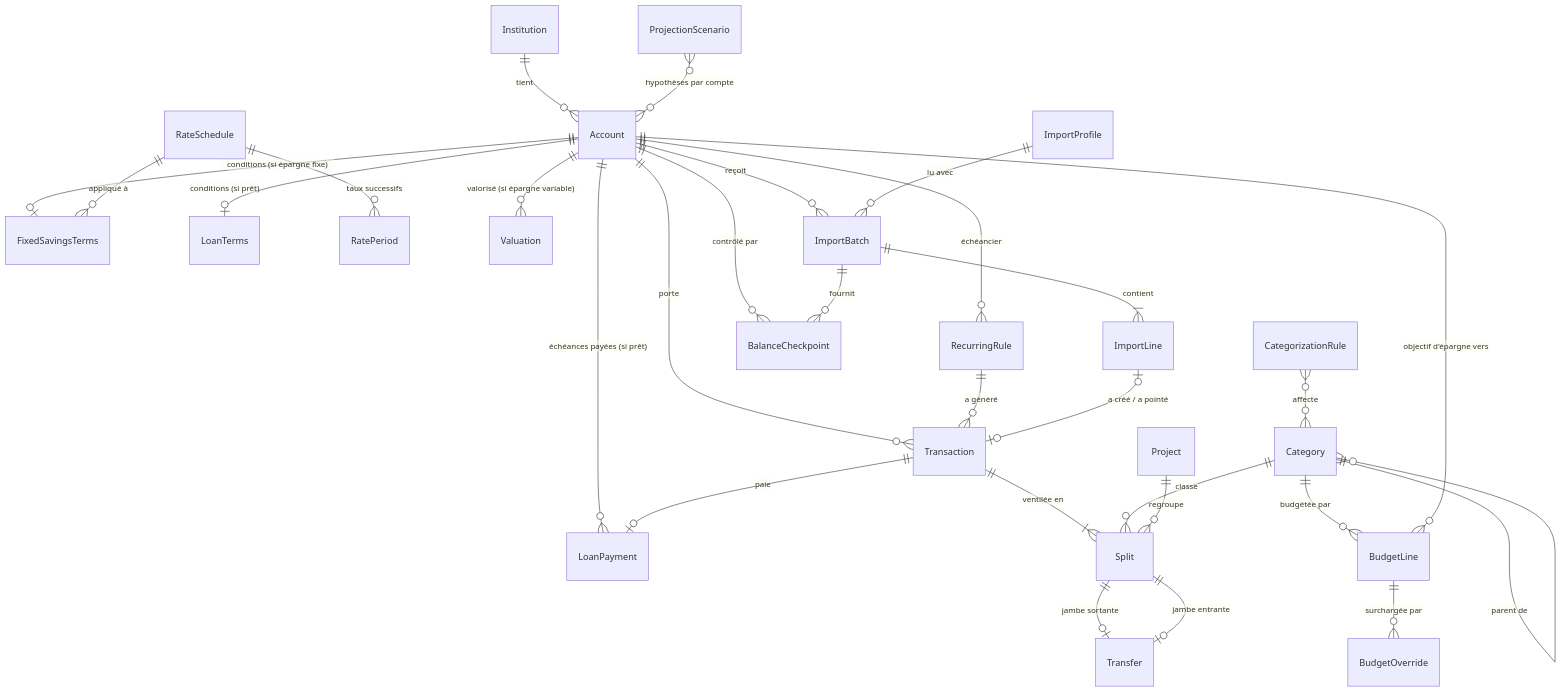
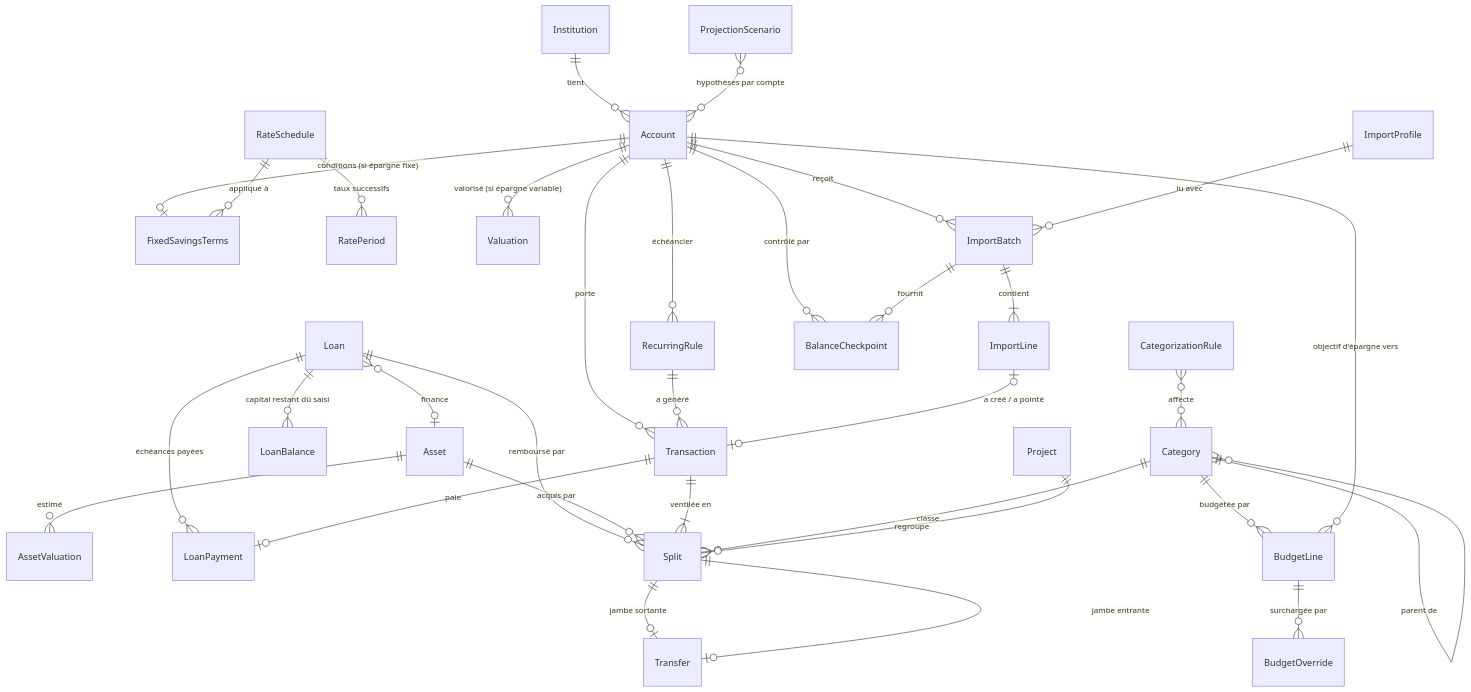
Before and after one commit to quentinpigne/cashflow: the diagram in docs/modele-de-donnees.md, drawn with Mermaid. The commit also changed other lines of this file and 19 other files, not shown here.

````diff
--- a/docs/modele-de-donnees.md
+++ b/docs/modele-de-donnees.md
@@ -46,31 +46,35 @@
 ```mermaid
 erDiagram
     Institution ||--o{ Account : "tient"
     Account ||--o| FixedSavingsTerms : "conditions (si épargne fixe)"
-    Account ||--o| LoanTerms : "conditions (si prêt)"
-    Account ||--o{ LoanPayment : "échéances payées (si prêt)"
+    Asset ||--o{ AssetValuation : "estimé"
+    Loan ||--o{ LoanBalance : "capital restant dû saisi"
+    Loan }o--o| Asset : "finance"
+    Loan ||--o{ LoanPayment : "échéances payées"
     Transaction ||--o| LoanPayment : "paie"
+    Loan ||--o{ Split : "remboursé par"
+    Asset ||--o{ Split : "acquis par"
     RateSchedule ||--o{ RatePeriod : "taux successifs"
     RateSchedule ||--o{ FixedSavingsTerms : "appliqué à"
     Account ||--o{ Valuation : "valorisé (si épargne variable)"
     Account ||--o{ Transaction : "porte"
     Transaction ||--|{ Split : "ventilée en"
     Category ||--o{ Split : "classe"
     Category ||--o{ Category : "parent de"
     Split ||--o| Transfer : "jambe sortante"
     Split ||--o| Transfer : "jambe entrante"
     Account ||--o{ RecurringRule : "échéancier"
     RecurringRule ||--o{ Transaction : "a généré"
     Account ||--o{ ImportBatch : "reçoit"
     ImportProfile ||--o{ ImportBatch : "lu avec"
     ImportBatch ||--|{ ImportLine : "contient"
     ImportLine |o--o| Transaction : "a créé / a pointé"
     Account ||--o{ BalanceCheckpoint : "contrôlé par"
     ImportBatch ||--o{ BalanceCheckpoint : "fournit"
     CategorizationRule }o--o{ Category : "affecte"
     ProjectionScenario }o--o{ Account : "hypothèses par compte"
     Project ||--o{ Split : "regroupe"
     Category ||--o{ BudgetLine : "budgétée par"
     Account ||--o{ BudgetLine : "objectif d'épargne vers"
     BudgetLine ||--o{ BudgetOverride : "surchargée par"
 ```
````
